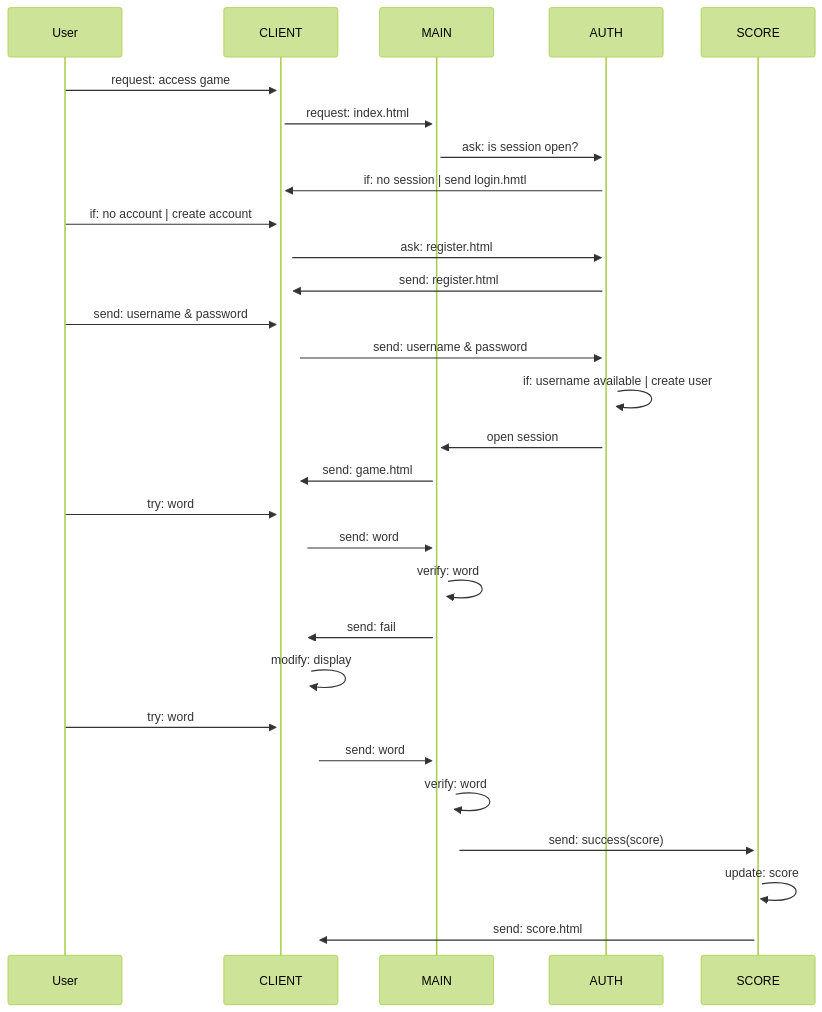
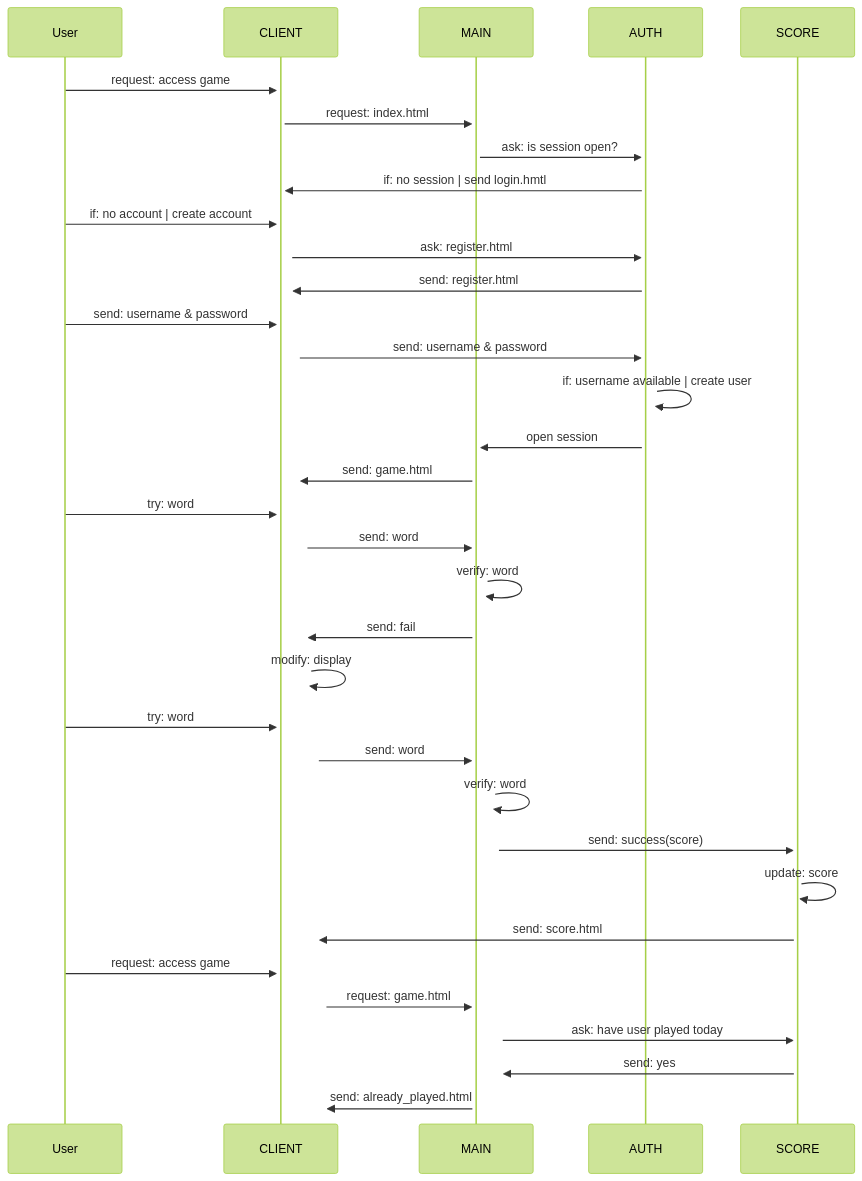
One commit to erwanCdc/boucheCousue changed the diagram in README.md. Above: the diagram before and after it, drawn with Mermaid (forest theme).

````diff
--- a/README.md
+++ b/README.md
@@ -31,26 +31,31 @@
 ``` mermaid
 sequenceDiagram
     User->>+CLIENT: request: access game
     CLIENT->>+MAIN: request: index.html
     MAIN->>+AUTH: ask: is session open?
     AUTH->>+CLIENT: if: no session | send login.hmtl
     User->>+CLIENT: if: no account | create account
     CLIENT->>+AUTH: ask: register.html
     AUTH->>+CLIENT: send: register.html
     User->>+CLIENT: send: username & password
     CLIENT->>+AUTH: send: username & password
     AUTH->>+AUTH: if: username available | create user
     AUTH->>+MAIN: open session
     MAIN->>+CLIENT: send: game.html
     User->>+CLIENT: try: word
     CLIENT->>+MAIN: send: word
     MAIN->>+MAIN: verify: word
     MAIN->>+CLIENT: send: fail
     CLIENT->>+CLIENT: modify: display
     User->>+CLIENT: try: word
     CLIENT->>+MAIN: send: word
     MAIN->>+MAIN: verify: word
     MAIN->>+SCORE: send: success(score)
     SCORE->>+SCORE: update: score
     SCORE->>+CLIENT: send: score.html
+    User->>+CLIENT: request: access game
+    CLIENT->>+MAIN: request: game.html
+    MAIN->>+SCORE: ask: have user played today
+    SCORE->>+MAIN: send: yes
+    MAIN->>+CLIENT: send: already_played.html
 ```
````
